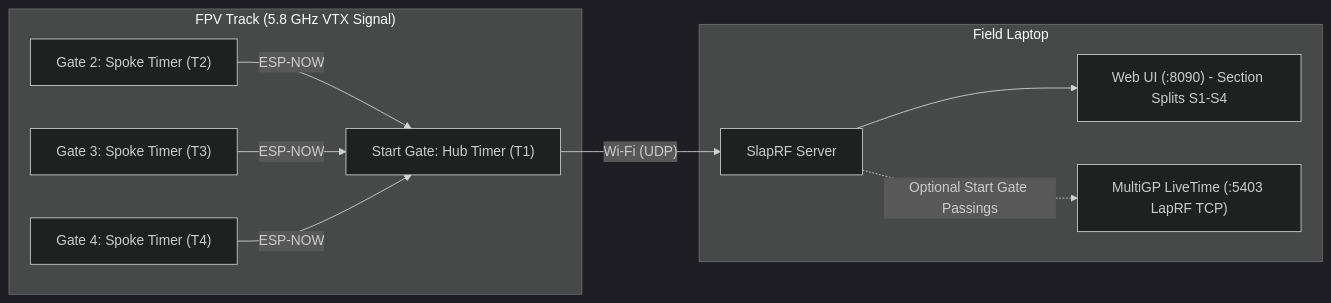
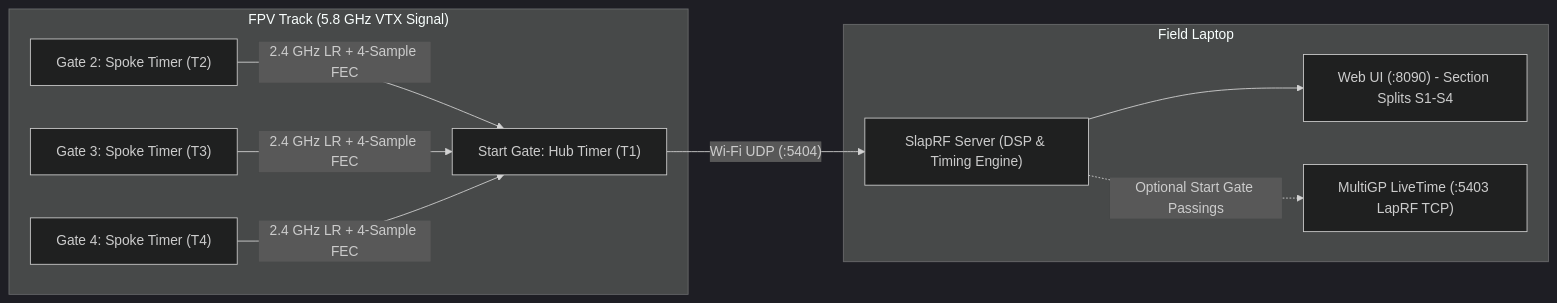
The first of 2 diagrams in README.md (kaack/SlapRF), drawn with Mermaid (dark theme) before and after one commit. The commit also changed other lines of this file and 1 other file, not shown here.

Commit message:
Add comprehensive low-level architecture and protocol reference (docs/ARCHITECTURE.md)

````diff
--- a/README.md
+++ b/README.md
@@ -25,22 +25,22 @@
 ```mermaid
 flowchart LR
     subgraph Track["FPV Track (5.8 GHz VTX Signal)"]
         T2["Gate 2: Spoke Timer (T2)"]
         T3["Gate 3: Spoke Timer (T3)"]
         T4["Gate 4: Spoke Timer (T4)"]
         T1["Start Gate: Hub Timer (T1)"]
     end
 
     subgraph Laptop["Field Laptop"]
-        Server["SlapRF Server"]
+        Server["SlapRF Server (DSP & Timing Engine)"]
         UI["Web UI (:8090) - Section Splits S1-S4"]
         LiveTime["MultiGP LiveTime (:5403 LapRF TCP)"]
     end
 
-    T2 -- "ESP-NOW" --> T1
-    T3 -- "ESP-NOW" --> T1
-    T4 -- "ESP-NOW" --> T1
-    T1 -- "Wi-Fi (UDP)" --> Server
+    T2 -- "2.4 GHz LR + 4-Sample FEC" --> T1
+    T3 -- "2.4 GHz LR + 4-Sample FEC" --> T1
+    T4 -- "2.4 GHz LR + 4-Sample FEC" --> T1
+    T1 -- "Wi-Fi UDP (:5404)" --> Server
     Server --> UI
     Server -. "Optional Start Gate Passings" .-> LiveTime
 ```
````
